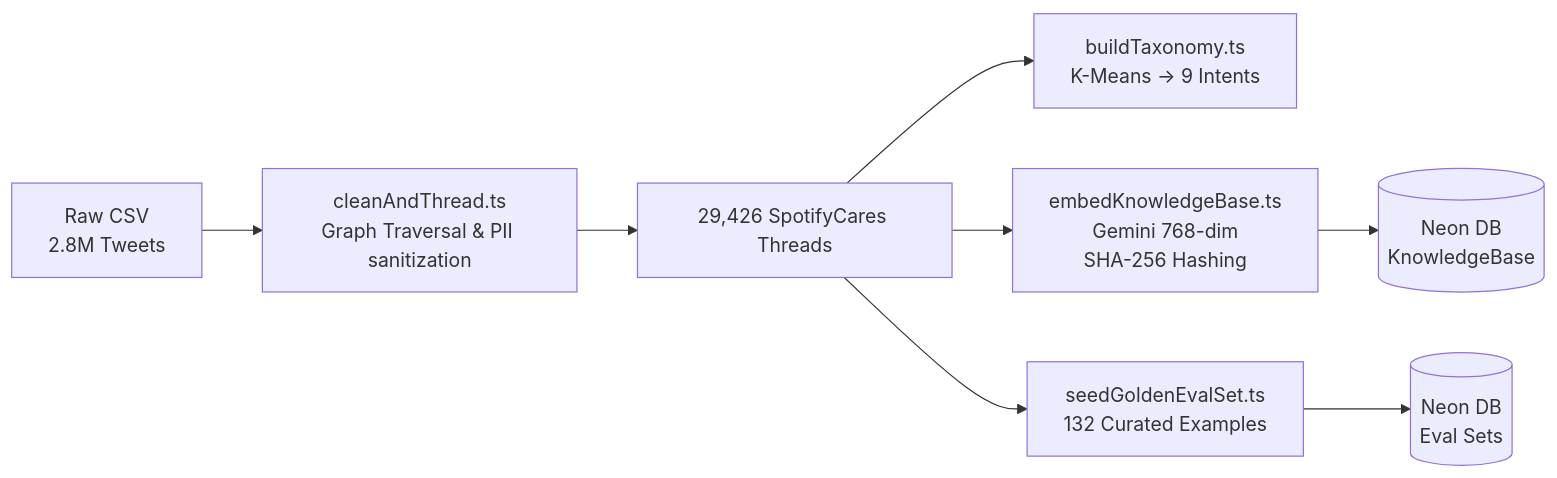
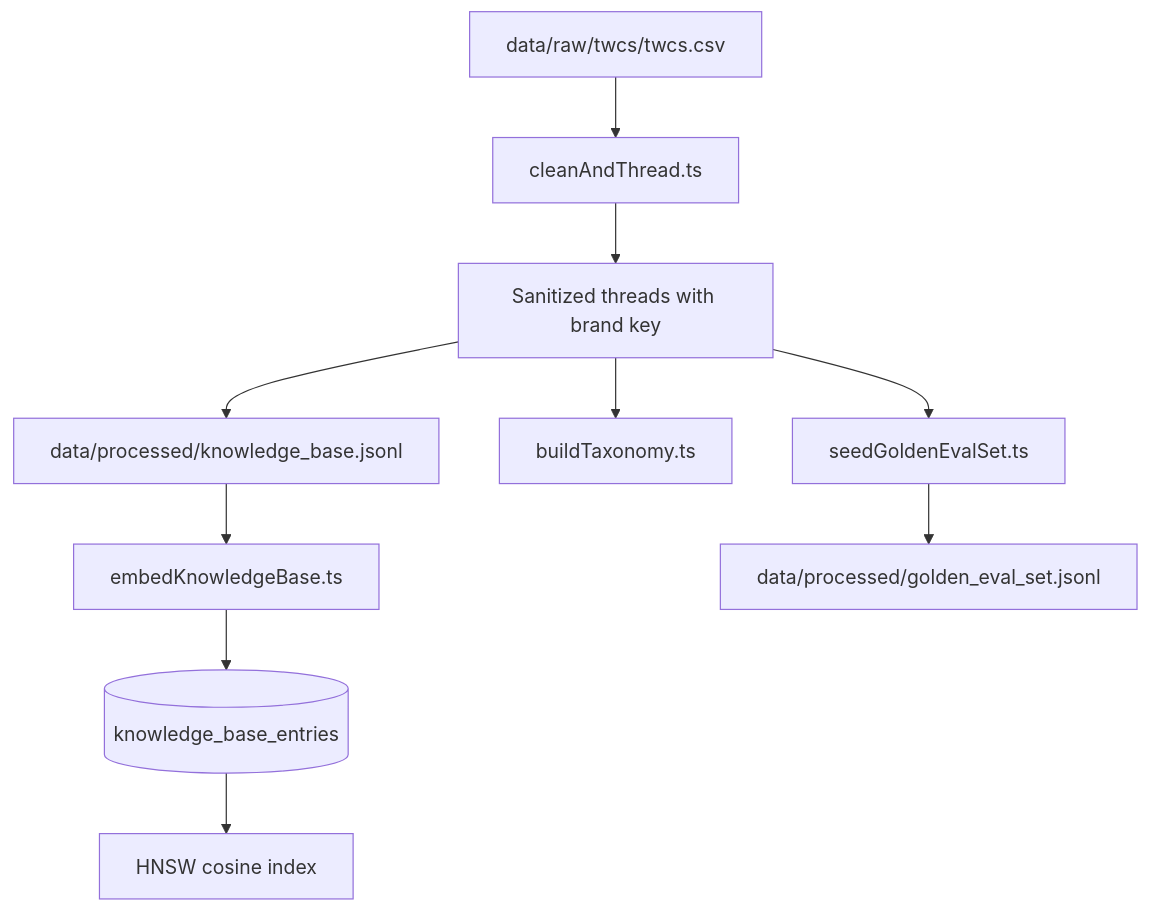
One commit to AdrishKarak/support-agent changed the third of 4 diagrams in Architecture.md. Above: the diagram before and after it, drawn with Mermaid. The commit also changed other lines of this file and 21 other files, not shown here.

````diff
--- a/Architecture.md
+++ b/Architecture.md
@@ -88,10 +50,12 @@
 ```mermaid
-flowchart LR
-    Raw[Raw CSV\n2.8M Tweets] --> Clean[cleanAndThread.ts\nGraph Traversal & PII sanitization]
-    Clean --> Threads[29,426 SpotifyCares Threads]
-    Threads --> Cluster[buildTaxonomy.ts\nK-Means -> 9 Intents]
-    Threads --> Embed[embedKnowledgeBase.ts\nGemini 768-dim\nSHA-256 Hashing]
-    Embed --> KB[(Neon DB\nKnowledgeBase)]
-    Threads --> Eval[seedGoldenEvalSet.ts\n132 Curated Examples]
-    Eval --> EvalDB[(Neon DB\nEval Sets)]
+flowchart TD
+    CSV[data/raw/twcs/twcs.csv] --> ETL[cleanAndThread.ts]
+    ETL --> Threads[Sanitized threads with brand key]
+    Threads --> KB[data/processed/knowledge_base.jsonl]
+    KB --> Embed[embedKnowledgeBase.ts]
+    Embed --> DB[(knowledge_base_entries)]
+    DB --> HNSW[HNSW cosine index]
+    Threads --> Taxonomy[buildTaxonomy.ts]
+    Threads --> Golden[seedGoldenEvalSet.ts]
+    Golden --> Eval[data/processed/golden_eval_set.jsonl]
 ```
````
